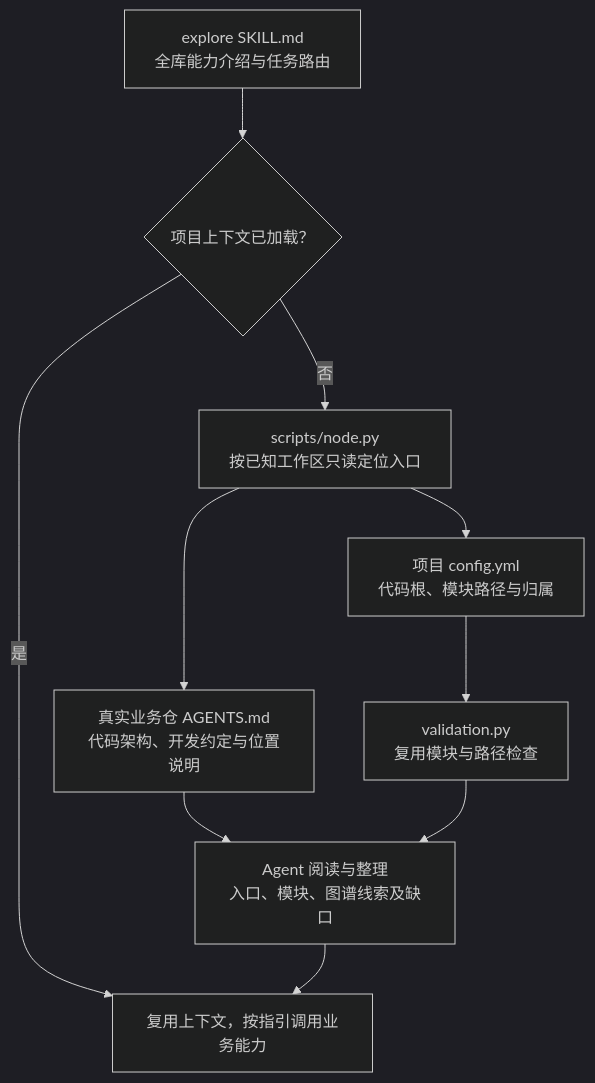
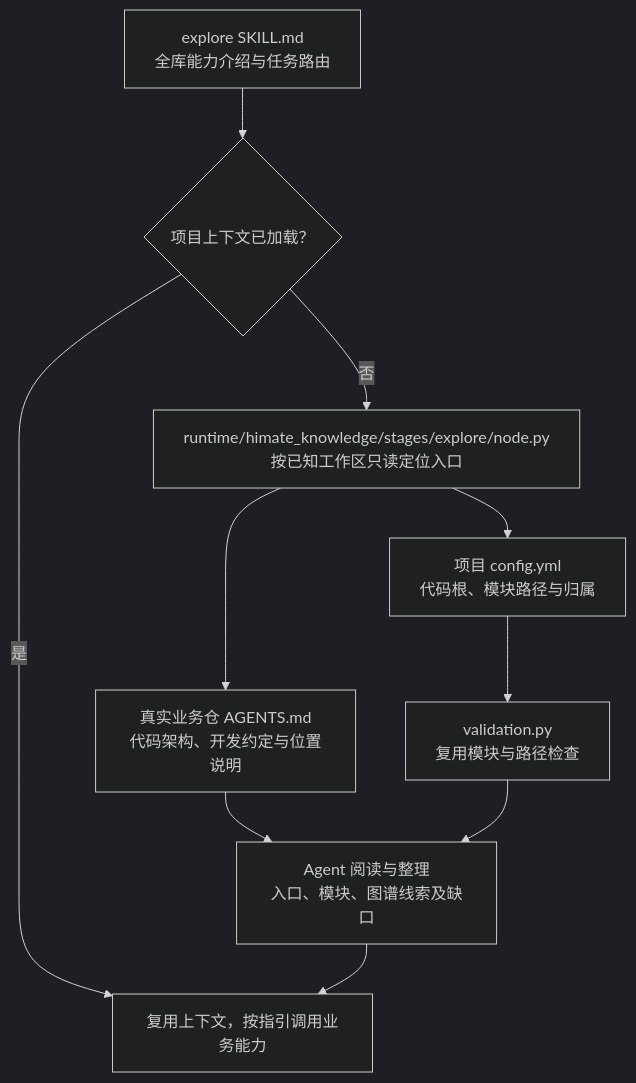
Before and after one commit to Robin-hhc/FactumCore: diagram 12 of 27 in himate-knowledge-wifi-mp/docs-llm-wiki/知识库详细设计.md, drawn with Mermaid (dark theme). The commit also changed other lines of this file and 171 other files, not shown here.

First line of the commit message:
feat(knowledge): ship repository-owned CLI runtime

````diff
--- a/himate-knowledge-wifi-mp/docs-llm-wiki/知识库详细设计.md
+++ b/himate-knowledge-wifi-mp/docs-llm-wiki/知识库详细设计.md
@@ -485,12 +489,12 @@
 ```mermaid
 flowchart TD
     SKILL["explore SKILL.md<br/>全库能力介绍与任务路由"] --> KNOWN{"项目上下文已加载？"}
     KNOWN -->|是| USE["复用上下文，按指引调用业务能力"]
-    KNOWN -->|否| NODE["scripts/node.py<br/>按已知工作区只读定位入口"]
+    KNOWN -->|否| NODE["runtime/himate_knowledge/stages/explore/node.py<br/>按已知工作区只读定位入口"]
     NODE --> AGENTS["真实业务仓 AGENTS.md<br/>代码架构、开发约定与位置说明"]
     NODE --> CONFIG["项目 config.yml<br/>代码根、模块路径与归属"]
     CONFIG --> MAP["validation.py<br/>复用模块与路径检查"]
     AGENTS --> AGENT["Agent 阅读与整理<br/>入口、模块、图谱线索及缺口"]
     MAP --> AGENT
     AGENT --> USE
 ```
````
